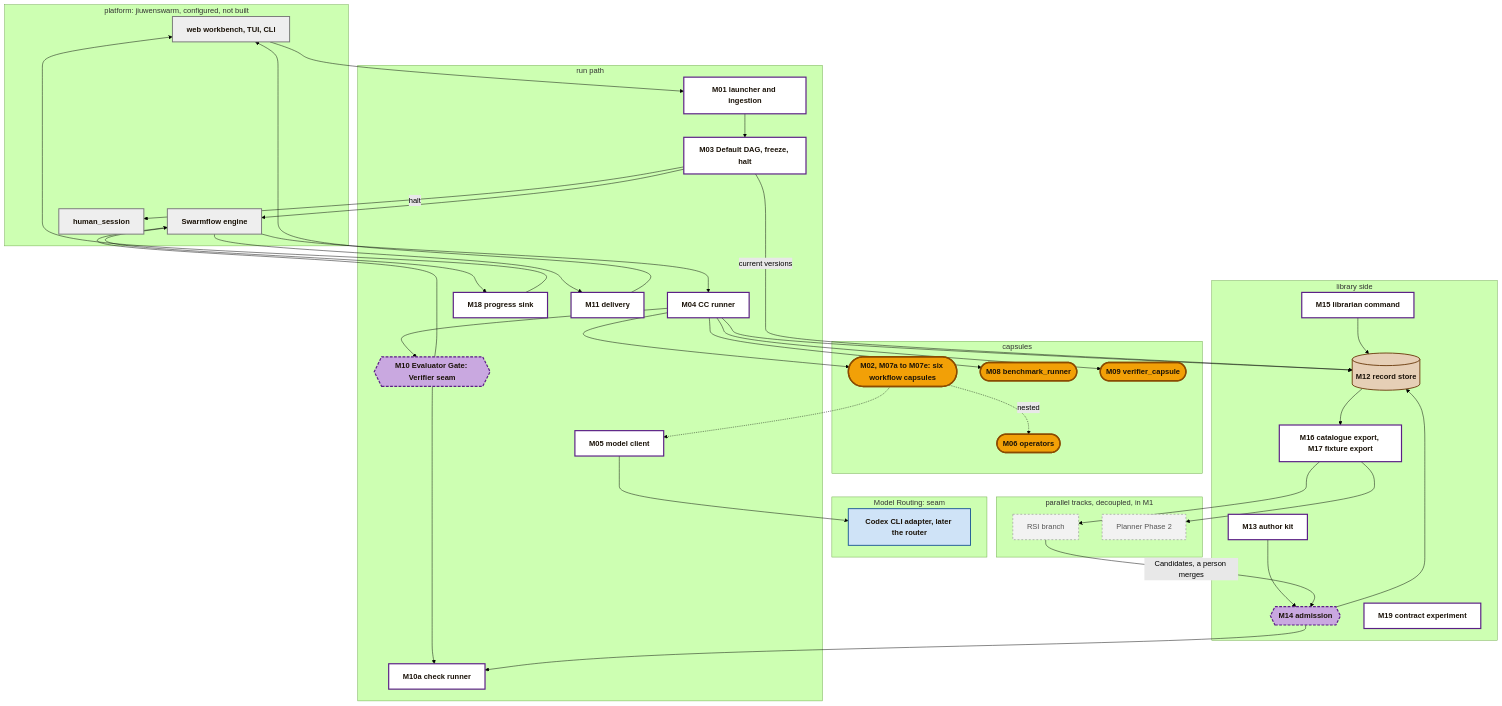
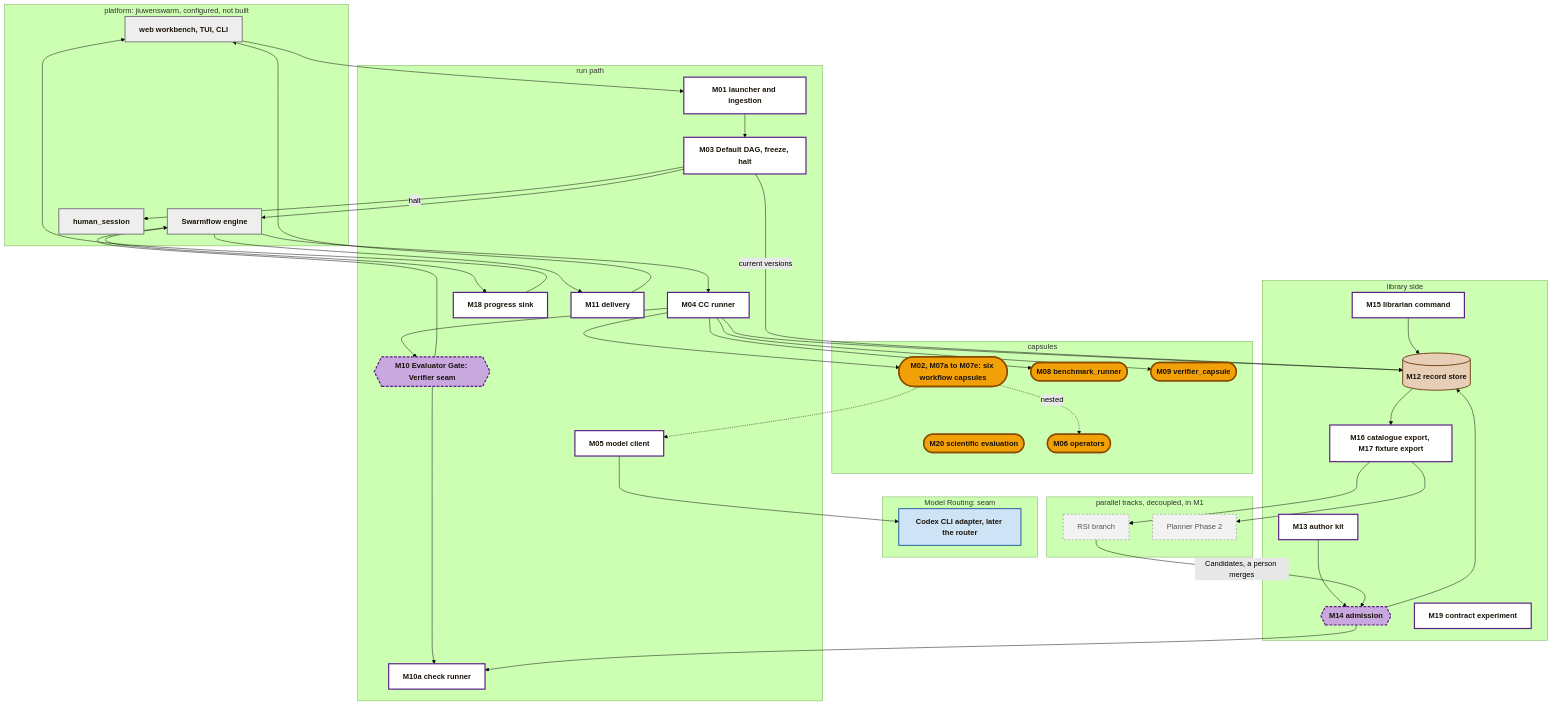
The first of 3 diagrams in docs/architecture/m1-architecture.md (Stellven/jiuwenswarm), drawn with Mermaid (forest theme) before and after one commit. The commit also changed other lines of this file and 1 other file, not shown here.

````diff
--- a/docs/architecture/m1-architecture.md
+++ b/docs/architecture/m1-architecture.md
@@ -29,64 +29,65 @@
 ```mermaid
 flowchart TB
     subgraph PLAT["platform: jiuwenswarm, configured, not built"]
         UI["web workbench, TUI, CLI"]:::js
         ENG["Swarmflow engine"]:::js
         HS["human_session"]:::js
     end
     subgraph RT["Model Routing: seam"]
         AD["Codex CLI adapter, later the router"]:::seam
     end
     subgraph RUN["run path"]
         L["M01 launcher and ingestion"]:::ctrl
         DAG["M03 Default DAG, freeze, halt"]:::ctrl
         R["M04 CC runner"]:::ctrl
         MC["M05 model client"]:::ctrl
         CR["M10a check runner"]:::ctrl
         G{{"M10 Evaluator Gate: Verifier seam"}}:::gate
         PS["M18 progress sink"]:::ctrl
         D["M11 delivery"]:::ctrl
     end
     subgraph CAPS["capsules"]
         CP(["M02, M07a to M07e: six workflow capsules"]):::cc
         BR(["M08 benchmark_runner"]):::cc
         VC(["M09 verifier_capsule"]):::cc
+        EVC(["M20 scientific evaluation"]):::cc
         OP(["M06 operators"]):::cc
     end
     subgraph LIBR["library side"]
         ST[("M12 record store")]:::rec
         KIT["M13 author kit"]:::ctrl
         ADM{{"M14 admission"}}:::gate
         LBR["M15 librarian command"]:::ctrl
         EXP["M16 catalogue export, M17 fixture export"]:::ctrl
         EXPT["M19 contract experiment"]:::ctrl
     end
     subgraph TRK["parallel tracks, decoupled, in M1"]
         RSI["RSI branch"]:::off
         PL2["Planner Phase 2"]:::off
     end
     UI --> L --> DAG --> ENG --> R
     R --> CP & BR & VC
     CP -.->|"nested"| OP
     CP -.-> MC --> AD
     R --> G --> CR
     G --> ENG
     DAG -->|"halt"| HS
     ENG --> PS --> UI
     ENG --> D --> UI
     R --> ST
     KIT --> ADM --> ST
     ADM --> CR
     DAG -->|"current versions"| ST
     LBR --> ST
     ST --> EXP
     EXP --> RSI & PL2
     RSI -->|"Candidates, a person merges"| ADM
 
     classDef js fill:#EEEEEE,stroke:#777777,stroke-width:2px,color:#1a1208,font-weight:bold
     classDef ctrl fill:#ffffff,stroke:#5B1F86,stroke-width:2.5px,color:#1a1208,font-weight:bold
     classDef gate fill:#C9A8E0,stroke:#5B1F86,stroke-width:2.5px,stroke-dasharray:6 3,color:#1a1208,font-weight:bold
     classDef cc fill:#F2A007,stroke:#8A4B00,stroke-width:3px,color:#1a1208,font-weight:bold
     classDef rec fill:#E6CFB6,stroke:#6E3F12,stroke-width:2px,color:#1a1208,font-weight:bold
     classDef seam fill:#CFE3F7,stroke:#1F5A96,stroke-width:2px,color:#1a1208,font-weight:bold
     classDef off fill:#F2F2F2,stroke:#A0A0A0,stroke-width:1.5px,stroke-dasharray:4 4,color:#555555
 ```
````
